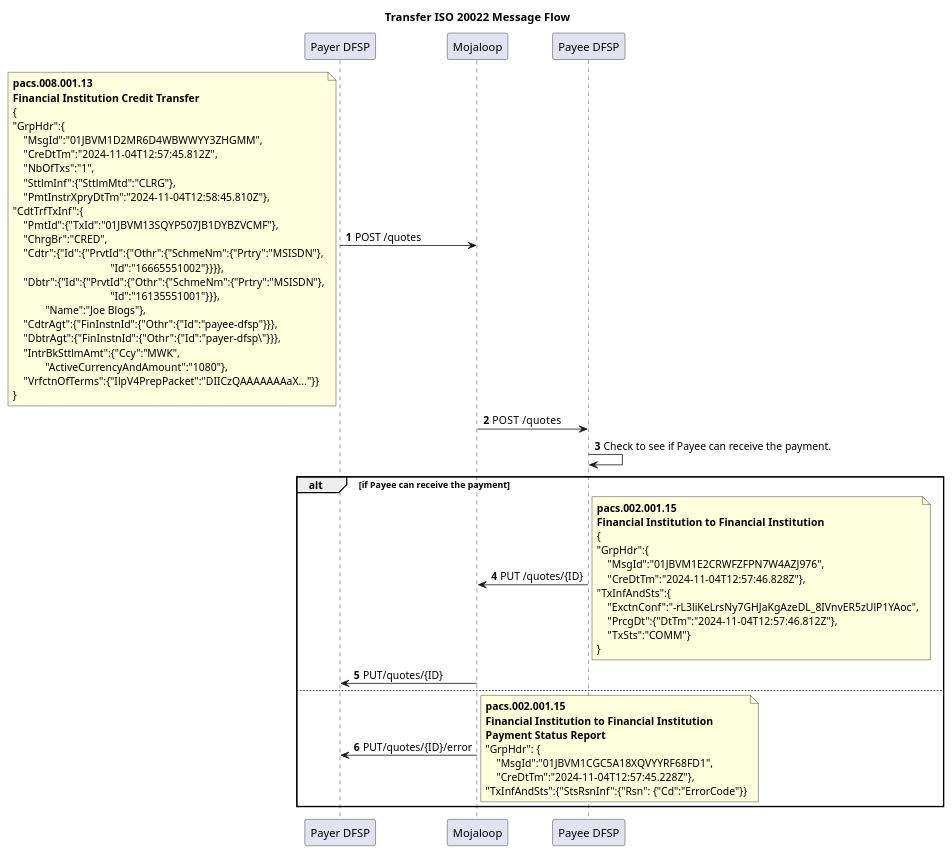
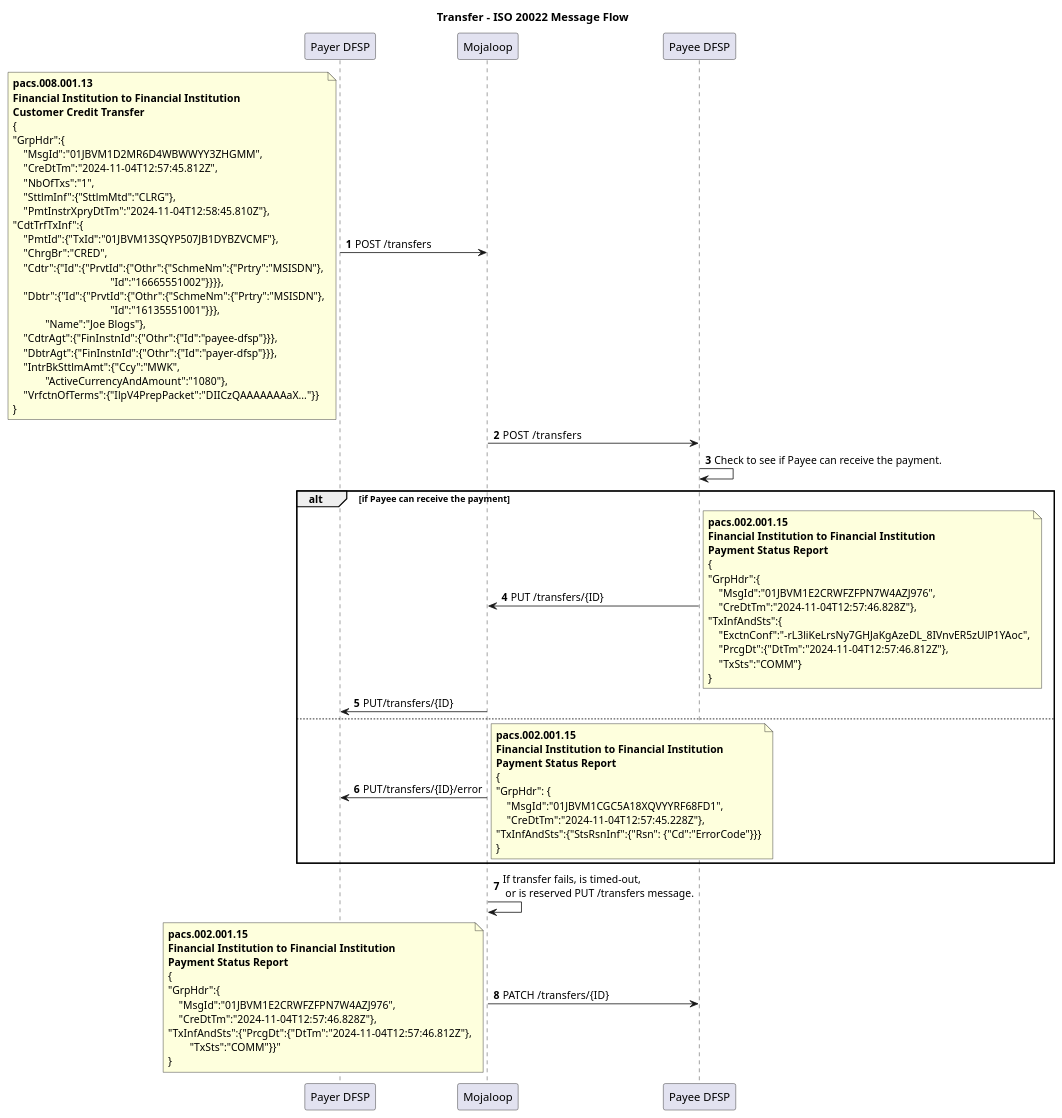
Before and after one commit to mojaloop/iso-20022-docs: the diagram in Workstream documents/MarketPracticeDoc/SequenceDiagrams/Transfer.plantuml, drawn with PlantUML. The commit also changed 50 other files, not shown here.

Commit message:
Added script to generate tables from Open API specification and XML ISO 20022 schema definitions. Completed message definitions.

```diff
--- a/Workstream documents/MarketPracticeDoc/SequenceDiagrams/Transfer.plantuml
+++ b/Workstream documents/MarketPracticeDoc/SequenceDiagrams/Transfer.plantuml
@@ -1,69 +1,88 @@
 @startuml
 
-Title Transfer ISO 20022 Message Flow
+Title Transfer - ISO 20022 Message Flow
 participant PayerDFSP as "Payer DFSP"
 participant Mojaloop as "Mojaloop"
 participant PayeeDFSP as "Payee DFSP"
 
 autonumber
 
-PayerDFSP -> Mojaloop: POST /quotes
+PayerDFSP -> Mojaloop: POST /transfers
 note left
 **pacs.008.001.13**
-**Financial Institution Credit Transfer**
+**Financial Institution to Financial Institution** 
+**Customer Credit Transfer**
 {
 "GrpHdr":{
     "MsgId":"01JBVM1D2MR6D4WBWWYY3ZHGMM",
     "CreDtTm":"2024-11-04T12:57:45.812Z",
     "NbOfTxs":"1",
     "SttlmInf":{"SttlmMtd":"CLRG"},
     "PmtInstrXpryDtTm":"2024-11-04T12:58:45.810Z"},
 "CdtTrfTxInf":{
     "PmtId":{"TxId":"01JBVM13SQYP507JB1DYBZVCMF"},
     "ChrgBr":"CRED",
     "Cdtr":{"Id":{"PrvtId":{"Othr":{"SchmeNm":{"Prtry":"MSISDN"},
                                     "Id":"16665551002"}}}},
     "Dbtr":{"Id":{"PrvtId":{"Othr":{"SchmeNm":{"Prtry":"MSISDN"},
                                     "Id":"16135551001"}}},
             "Name":"Joe Blogs"},
     "CdtrAgt":{"FinInstnId":{"Othr":{"Id":"payee-dfsp"}}},
-    "DbtrAgt":{"FinInstnId":{"Othr":{"Id":"payer-dfsp\"}}},
+    "DbtrAgt":{"FinInstnId":{"Othr":{"Id":"payer-dfsp"}}},
     "IntrBkSttlmAmt":{"Ccy":"MWK",
             "ActiveCurrencyAndAmount":"1080"},
     "VrfctnOfTerms":{"IlpV4PrepPacket":"DIICzQAAAAAAAaX..."}}
-}
+}    
 end note
-Mojaloop -> PayeeDFSP: POST  /quotes
+Mojaloop -> PayeeDFSP: POST  /transfers
 PayeeDFSP -> PayeeDFSP: Check to see if Payee can receive the payment.  
 alt if Payee can receive the payment
-PayeeDFSP -> Mojaloop: PUT /quotes/{ID}
+PayeeDFSP -> Mojaloop: PUT /transfers/{ID}
 note right
 **pacs.002.001.15**
 **Financial Institution to Financial Institution** 
+**Payment Status Report**
 {
 "GrpHdr":{
     "MsgId":"01JBVM1E2CRWFZFPN7W4AZJ976",
     "CreDtTm":"2024-11-04T12:57:46.828Z"},
 "TxInfAndSts":{
     "ExctnConf":"-rL3liKeLrsNy7GHJaKgAzeDL_8IVnvER5zUlP1YAoc",
     "PrcgDt":{"DtTm":"2024-11-04T12:57:46.812Z"},
     "TxSts":"COMM"}
 }
 end note
-Mojaloop -> PayerDFSP: PUT/quotes/{ID}
+Mojaloop -> PayerDFSP: PUT/transfers/{ID}
 
 else
 
-Mojaloop -> PayerDFSP: PUT/quotes/{ID}/error 
+Mojaloop -> PayerDFSP: PUT/transfers/{ID}/error 
 note right
 **pacs.002.001.15**
 **Financial Institution to Financial Institution** 
 **Payment Status Report**
+{
 "GrpHdr": {
     "MsgId":"01JBVM1CGC5A18XQVYYRF68FD1",
     "CreDtTm":"2024-11-04T12:57:45.228Z"},
-"TxInfAndSts":{"StsRsnInf":{"Rsn": {"Cd":"ErrorCode"}}
+"TxInfAndSts":{"StsRsnInf":{"Rsn": {"Cd":"ErrorCode"}}}
+}
 end note
 end
 
+Mojaloop->Mojaloop: If transfer fails, is timed-out,\n or is reserved PUT /transfers message.
+
+Mojaloop->PayeeDFSP: PATCH /transfers/{ID}
+note left
+**pacs.002.001.15**
+**Financial Institution to Financial Institution**
+**Payment Status Report**
+{
+"GrpHdr":{
+    "MsgId":"01JBVM1E2CRWFZFPN7W4AZJ976",
+    "CreDtTm":"2024-11-04T12:57:46.828Z"},
+"TxInfAndSts":{"PrcgDt":{"DtTm":"2024-11-04T12:57:46.812Z"},
+        "TxSts":"COMM"}}"   
+}
+end note
 @enduml
```
